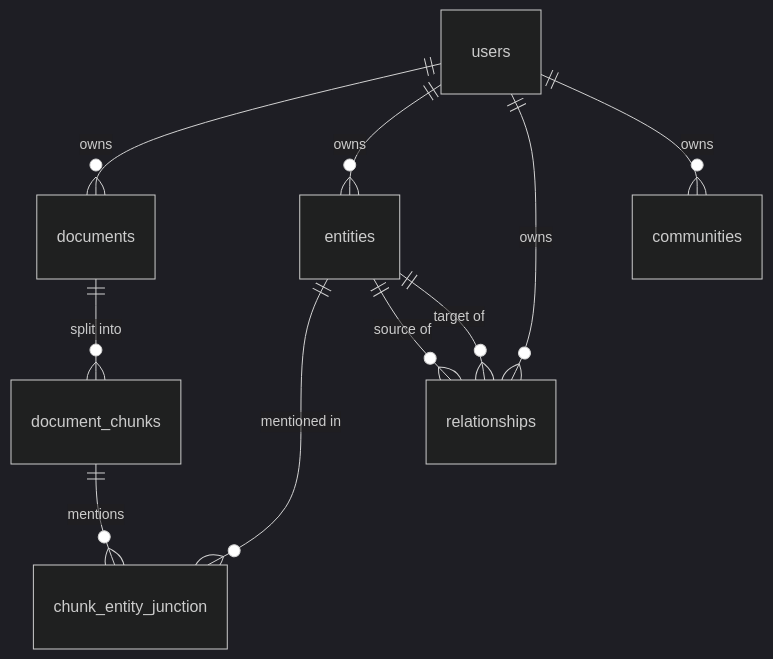
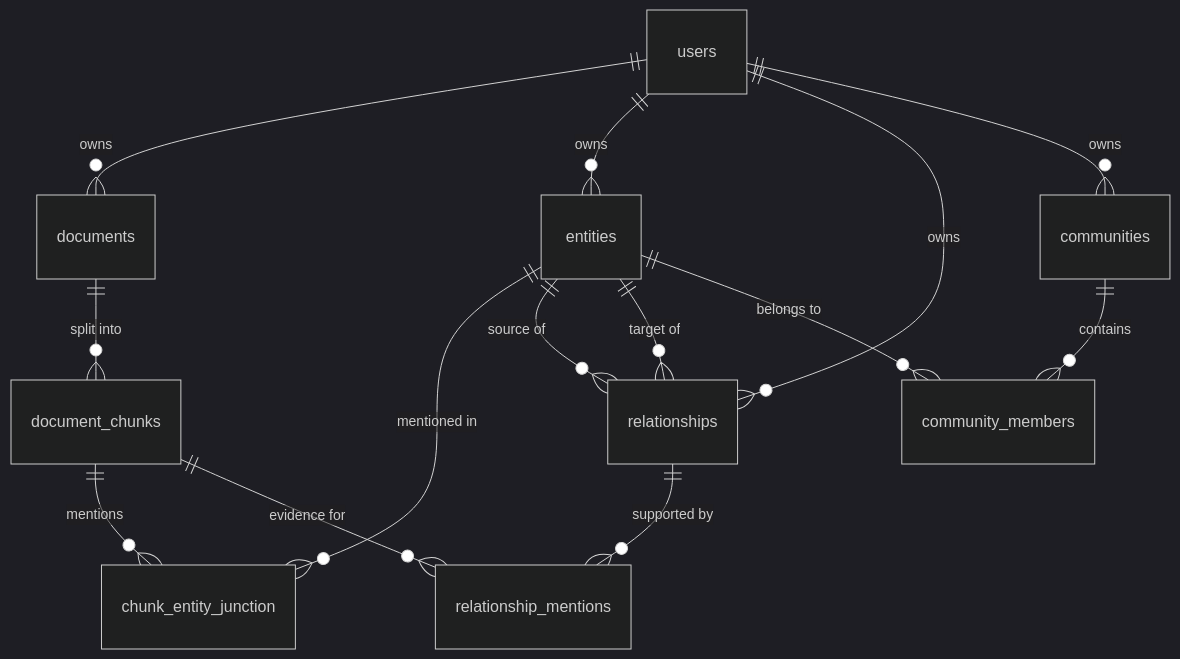
One commit to Vasu-Rocks/Personal-Knowledge-Operating-System-PKOS- changed the first of 3 diagrams in docs/03_ARCHITECTURE.md. Above: the diagram before and after it, drawn with Mermaid (dark theme). The commit also changed other lines of this file and 5 other files, not shown here.

First line of the commit message:
G1: relationship_mentions provenance, community_members with FKs, stale flag

````diff
--- a/docs/03_ARCHITECTURE.md
+++ b/docs/03_ARCHITECTURE.md
@@ -126,12 +126,16 @@
 ```mermaid
 erDiagram
   users ||--o{ documents : owns
   users ||--o{ entities : owns
   users ||--o{ relationships : owns
   users ||--o{ communities : owns
   documents ||--o{ document_chunks : "split into"
   document_chunks ||--o{ chunk_entity_junction : mentions
   entities ||--o{ chunk_entity_junction : "mentioned in"
   entities ||--o{ relationships : "source of"
   entities ||--o{ relationships : "target of"
+  relationships ||--o{ relationship_mentions : "supported by"
+  document_chunks ||--o{ relationship_mentions : "evidence for"
+  communities ||--o{ community_members : contains
+  entities ||--o{ community_members : "belongs to"
 ```
````
